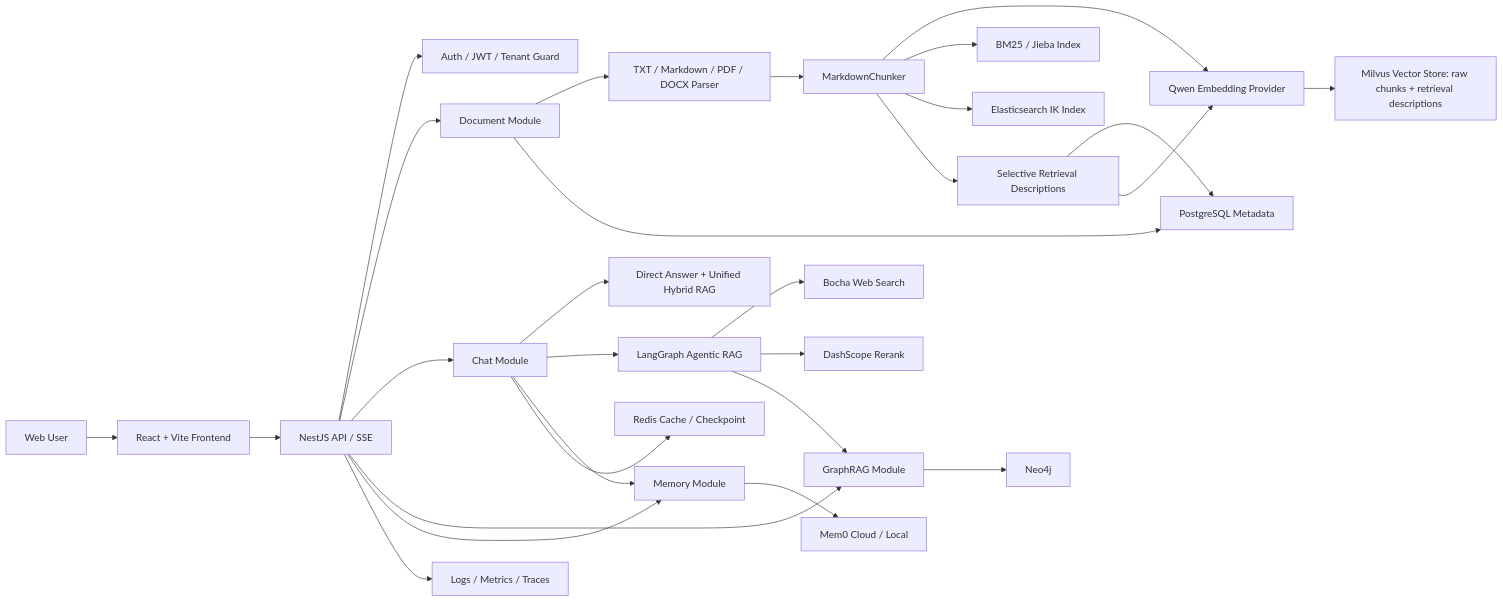
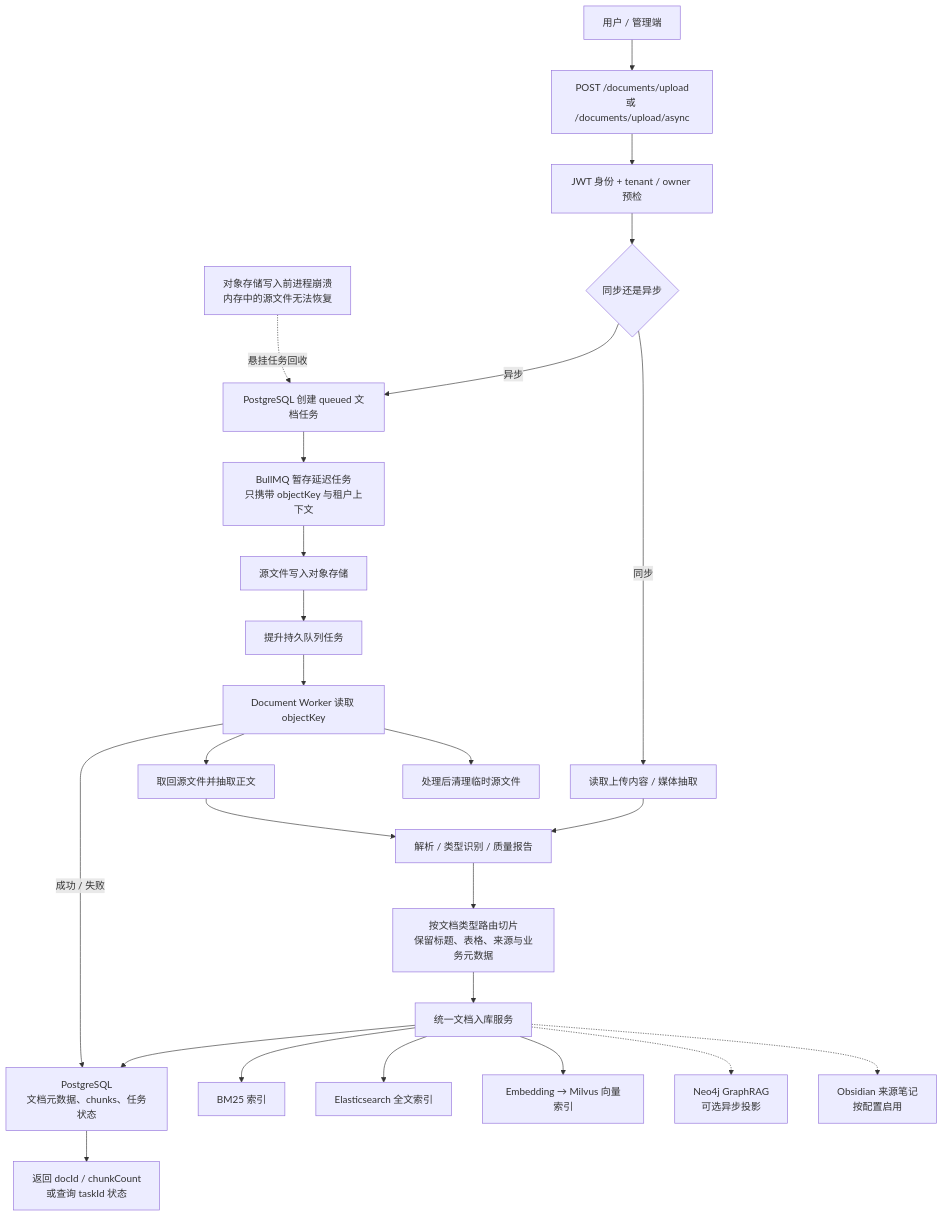
One commit to monstereatai/RAG changed the second of 8 diagrams in docs/architecture/ARCHITECTURE.md. Above: the diagram before and after it, drawn with Mermaid. The commit also changed other lines of this file and 224 other files, not shown here.

Commit message:
feat: strengthen RAG runtime, retrieval, and evaluation

````diff
--- a/docs/architecture/ARCHITECTURE.md
+++ b/docs/architecture/ARCHITECTURE.md
@@ -17,35 +149,30 @@
 ```mermaid
-flowchart LR
-  User["Web User"] --> Frontend["React + Vite Frontend"]
-  Frontend --> Backend["NestJS API / SSE"]
+flowchart TB
+  User["用户 / 管理端"] --> Upload["POST /documents/upload<br/>或 /documents/upload/async"]
+  Upload --> Preflight["JWT 身份 + tenant / owner 预检"]
+  Preflight --> Mode{"同步还是异步"}
 
-  Backend --> Auth["Auth / JWT / Tenant Guard"]
-  Backend --> Document["Document Module"]
-  Backend --> Chat["Chat Module"]
-  Backend --> Graph["GraphRAG Module"]
-  Backend --> Memory["Memory Module"]
-  Backend --> Observability["Logs / Metrics / Traces"]
+  Mode -->|同步| SyncExtract["读取上传内容 / 媒体抽取"]
+  Mode -->|异步| Task["PostgreSQL 创建 queued 文档任务"]
+  Task --> Stage["BullMQ 暂存延迟任务<br/>只携带 objectKey 与租户上下文"]
+  Stage --> Source["源文件写入对象存储"]
+  Source --> Promote["提升持久队列任务"]
+  Promote --> Worker["Document Worker 读取 objectKey"]
+  Worker --> AsyncExtract["取回源文件并抽取正文"]
 
-  Document --> Parser["TXT / Markdown / PDF / DOCX Parser"]
-  Parser --> Chunker["MarkdownChunker"]
-  Chunker --> Embedding["Qwen Embedding Provider"]
+  SyncExtract --> Parse["解析 / 类型识别 / 质量报告"]
+  AsyncExtract --> Parse
+  Parse --> Slice["按文档类型路由切片<br/>保留标题、表格、来源与业务元数据"]
+  Slice --> Ingest["统一文档入库服务"]
+  Ingest --> PG["PostgreSQL<br/>文档元数据、chunks、任务状态"]
+  Ingest --> BM25["BM25 索引"]
+  Ingest --> ES["Elasticsearch 全文索引"]
+  Ingest --> Vec["Embedding → Milvus 向量索引"]
+  Ingest -.-> Graph["Neo4j GraphRAG<br/>可选异步投影"]
+  Ingest -.-> Note["Obsidian 来源笔记<br/>按配置启用"]
 
-  Embedding --> Milvus["Milvus Vector Store: raw chunks + retrieval descriptions"]
-  Chunker --> BM25["BM25 / Jieba Index"]
-  Chunker --> ES["Elasticsearch IK Index"]
-  Document --> Postgres["PostgreSQL Metadata"]
-  Chunker --> DescriptionBuilder["Selective Retrieval Descriptions"]
-  DescriptionBuilder --> Postgres
-  DescriptionBuilder --> Embedding
-
-  Chat --> SimpleRag["Direct Answer + Unified Hybrid RAG"]
-  Chat --> AgenticRag["LangGraph Agentic RAG"]
-  Chat --> Memory
-  AgenticRag --> Bocha["Bocha Web Search"]
-  AgenticRag --> Rerank["DashScope Rerank"]
-  AgenticRag --> Graph
-
-  Memory --> Mem0["Mem0 Cloud / Local"]
-  Graph --> Neo4j["Neo4j"]
-  Chat --> Redis["Redis Cache / Checkpoint"]
+  PG --> Done["返回 docId / chunkCount<br/>或查询 taskId 状态"]
+  Worker --> Cleanup["处理后清理临时源文件"]
+  Worker -->|成功 / 失败| PG
+  CrashWindow["对象存储写入前进程崩溃<br/>内存中的源文件无法恢复"] -.->|悬挂任务回收| Task
 ```
````
